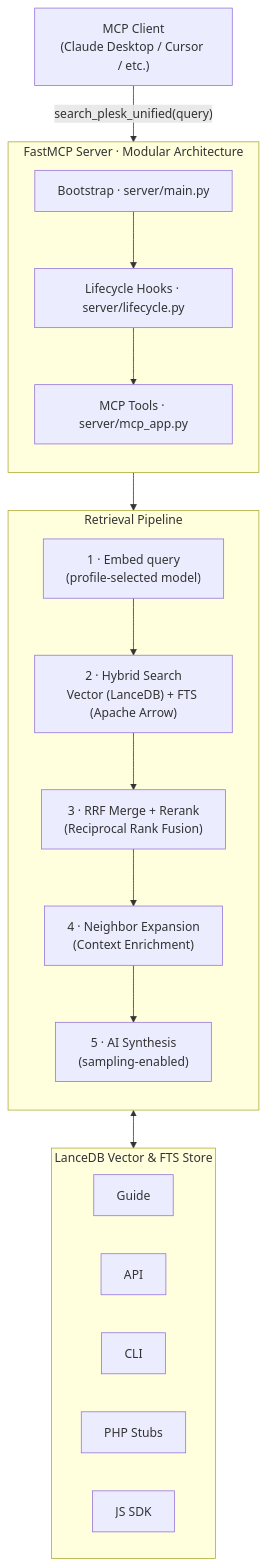
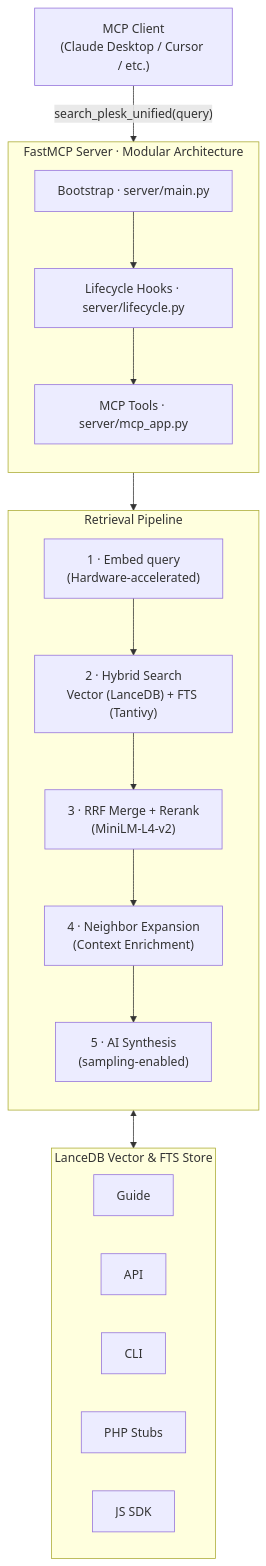
Before and after one commit to barateza/mcp-plesk-dev-docs: the diagram in README.md, drawn with Mermaid. The commit also changed other lines of this file, not shown here.

Commit message:
docs: update README with sub-second latency benchmarks and RAM-caching architecture

````diff
--- a/README.md
+++ b/README.md
@@ -73,37 +23,37 @@
 ```mermaid
 flowchart TD
     Client["MCP Client\n(Claude Desktop / Cursor / etc.)"]
 
     Client -->|"search_plesk_unified(query)"| Server
 
     subgraph Server["FastMCP Server · Modular Architecture"]
         direction TB
         Main["Bootstrap · server/main.py"]
         Life["Lifecycle Hooks · server/lifecycle.py"]
         Tools["MCP Tools · server/mcp_app.py"]
 
         Main --> Life --> Tools
     end
 
     subgraph Pipeline["Retrieval Pipeline"]
         direction TB
-        E["1 · Embed query\n(profile-selected model)"]
-        S["2 · Hybrid Search\nVector (LanceDB) + FTS (Apache Arrow)"]
-        R["3 · RRF Merge + Rerank\n(Reciprocal Rank Fusion)"]
+        E["1 · Embed query\n(Hardware-accelerated)"]
+        S["2 · Hybrid Search\nVector (LanceDB) + FTS (Tantivy)"]
+        R["3 · RRF Merge + Rerank\n(MiniLM-L4-v2)"]
         N["4 · Neighbor Expansion\n(Context Enrichment)"]
         A["5 · AI Synthesis\n(sampling-enabled)"]
         E --> S --> R --> N --> A
     end
 
     subgraph Store["LanceDB Vector & FTS Store"]
         direction LR
         G["Guide"]
         A_["API"]
         C["CLI"]
         P["PHP Stubs"]
         J["JS SDK"]
     end
 
     Tools --> Pipeline
     S <--> Store
 ```
````
